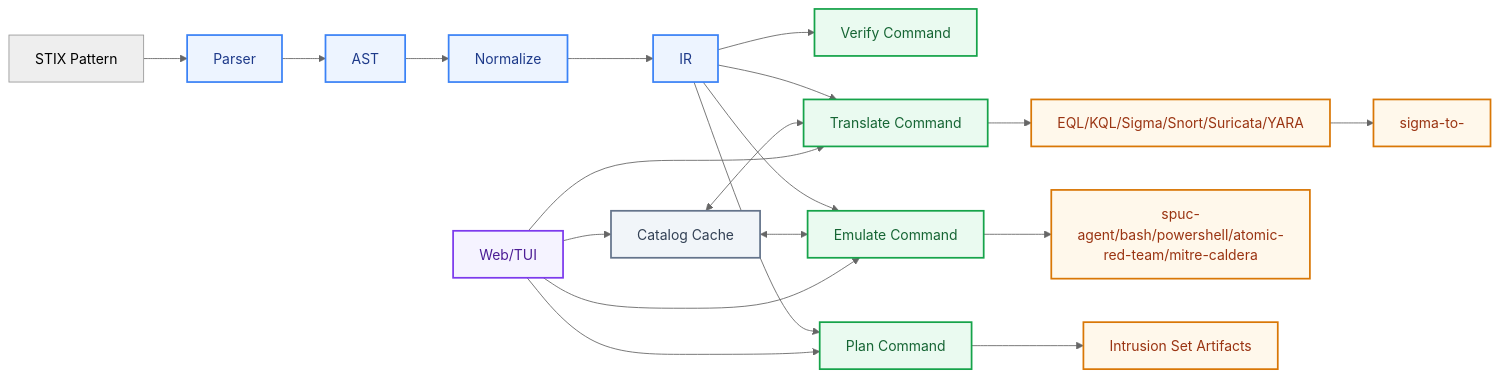
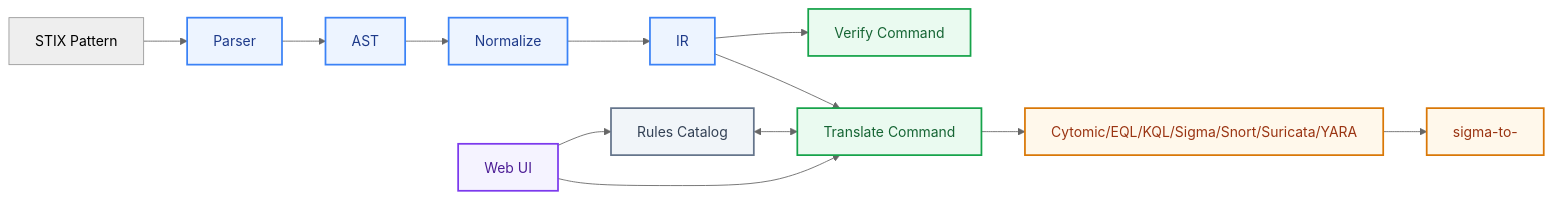
The first of 3 diagrams in README.md (febrezo/spuc), drawn with Mermaid (neutral theme) before and after one commit. The commit also changed other lines of this file and 80 other files, not shown here.

````diff
--- a/README.md
+++ b/README.md
@@ -6,36 +6,29 @@
 ```mermaid
 flowchart LR
   A[STIX Pattern] --> B[Parser]
   B --> C[AST]
   C --> D[Normalize]
   D --> E[IR]
 
   E --> F[Verify Command]
   E --> G[Translate Command]
-  E --> H[Emulate Command]
-  E --> I[Plan Command]
 
-  G --> J[EQL/KQL/Sigma/Snort/Suricata/YARA]
+  G --> J[Cytomic/EQL/KQL/Sigma/Snort/Suricata/YARA]
   J --> K[sigma-to-<backend>]
-  H --> L[spuc-agent/bash/powershell/atomic-red-team/mitre-caldera]
-  I --> M[Intrusion Set Artifacts]
 
-  N[Catalog Cache] <--> G
-  N <--> H
-  O[Web/TUI] --> N
+  N[Rules Catalog] <--> G
+  O[Web UI] --> N
   O --> G
-  O --> H
-  O --> I
 
   classDef core fill:#edf4ff,stroke:#3b82f6,stroke-width:2px,color:#1e3a8a
   classDef command fill:#eafaf0,stroke:#16a34a,stroke-width:2px,color:#166534
   classDef outputs fill:#fff8eb,stroke:#d97706,stroke-width:2px,color:#9a3412
   classDef storage fill:#f1f5f9,stroke:#64748b,stroke-width:2px,color:#334155
   classDef ui fill:#f5f3ff,stroke:#7c3aed,stroke-width:2px,color:#4c1d95
 
   class B,C,D,E core
-  class F,G,H,I command
-  class J,K,L,M outputs
+  class F,G command
+  class J,K outputs
   class N storage
   class O ui
 ```
````
